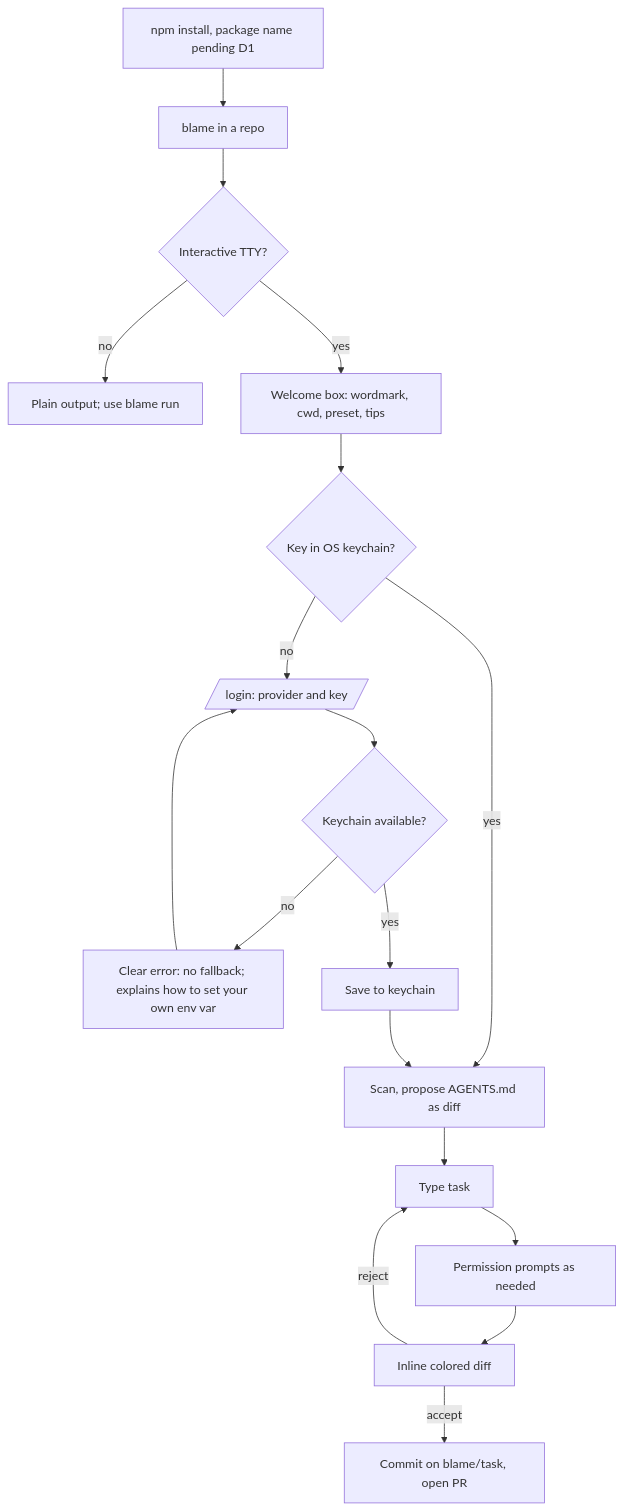
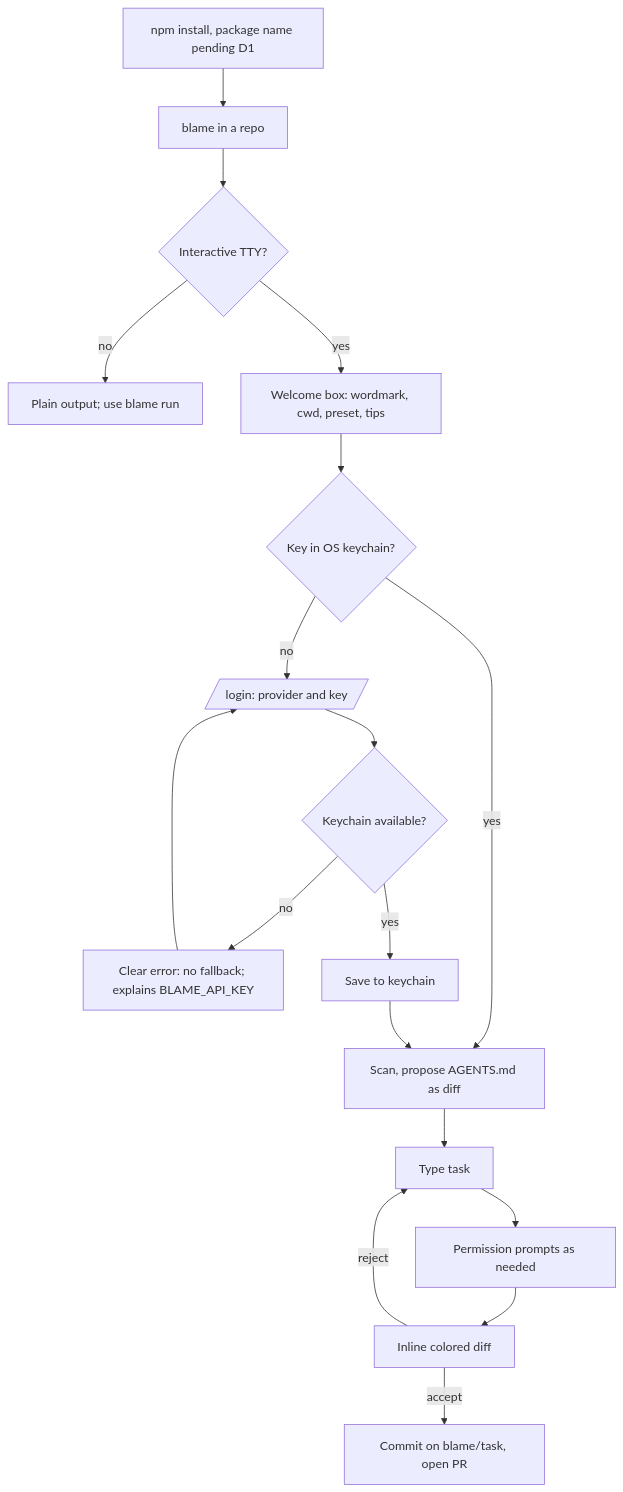
The third of 5 diagrams in docs/APP_FLOW.md (dbustosjr/blame), drawn with Mermaid before and after one commit. The commit also changed other lines of this file and 1 other file, not shown here.

Commit message:
docs: name BLAME_API_KEY as the only key env var (FR-KEY-1) (#50)

````diff
--- a/docs/APP_FLOW.md
+++ b/docs/APP_FLOW.md
@@ -145,20 +145,20 @@
 ```mermaid
 flowchart TD
   IN[npm install, package name pending D1] --> RUN[blame in a repo]
   RUN --> TTY{Interactive TTY?}
   TTY -- no --> NI[Plain output; use blame run]
   TTY -- yes --> W[Welcome box: wordmark, cwd, preset, tips]
   W --> KEY{Key in OS keychain?}
   KEY -- no --> KS[/login: provider and key/]
   KS --> KC{Keychain available?}
-  KC -- no --> ENV[Clear error: no fallback; explains how to set your own env var]
+  KC -- no --> ENV[Clear error: no fallback; explains BLAME_API_KEY]
   KC -- yes --> SAVE[Save to keychain]
   KEY -- yes --> SCAN
   SAVE --> SCAN[Scan, propose AGENTS.md as diff]
   ENV --> KS
   SCAN --> TASK[Type task]
   TASK --> GATE[Permission prompts as needed]
   GATE --> DIFF[Inline colored diff]
   DIFF -- accept --> PR[Commit on blame/task, open PR]
   DIFF -- reject --> TASK
 ```
````
